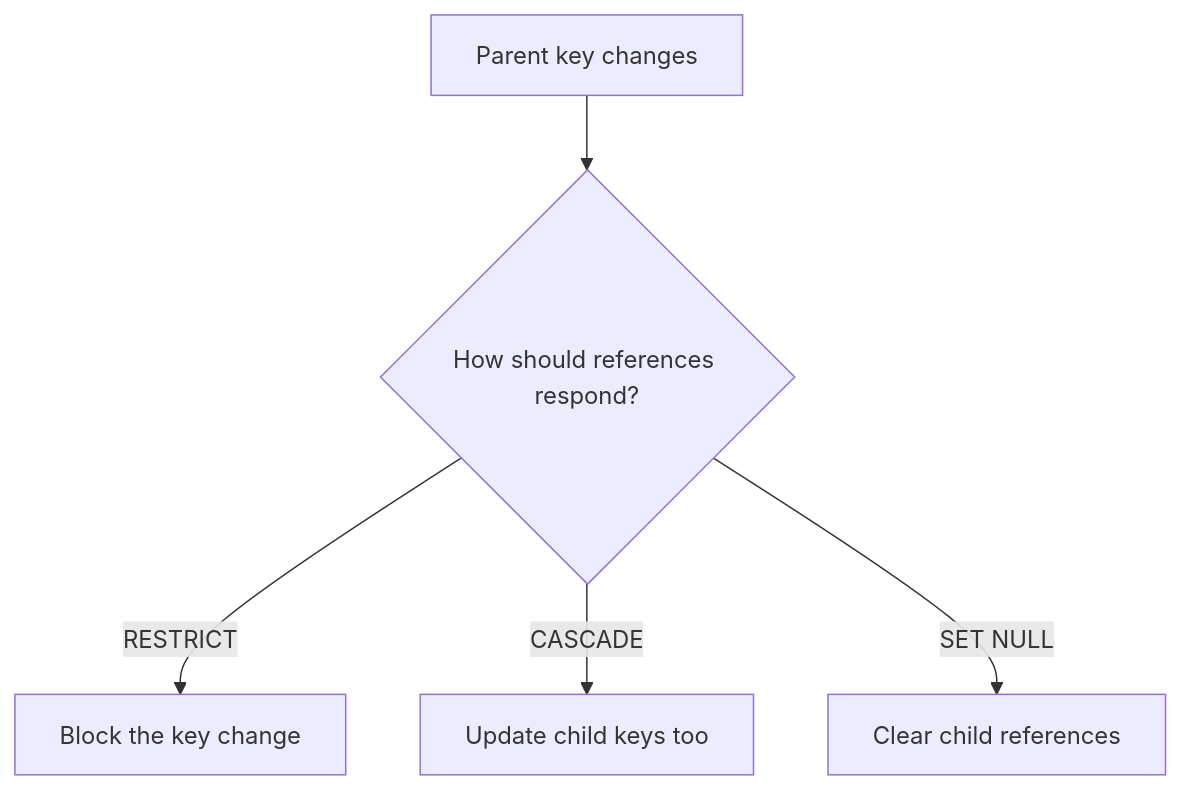
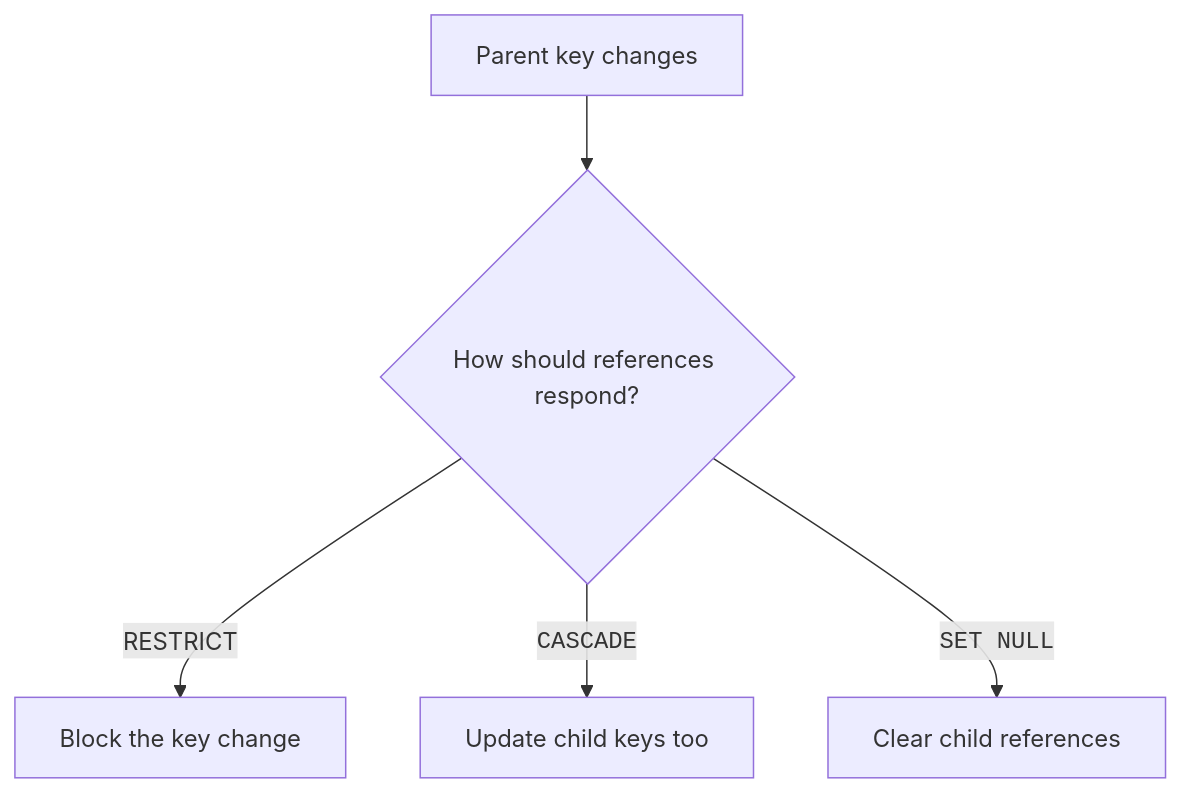
One commit to dataslope/dataslope changed the seventh of 8 diagrams in content/courses/database-design-postgresql/referential-integrity.mdx. Above: the diagram before and after it, drawn with Mermaid. The commit also changed other lines of this file and 283 other files, not shown here.

First line of the commit message:
Diagrams as elements, not characters: fix the box model, sweep the corpus, and make syntax breakdowns a convention (#652)

````diff
--- a/content/courses/database-design-postgresql/referential-integrity.mdx
+++ b/content/courses/database-design-postgresql/referential-integrity.mdx
@@ -237,7 +247,7 @@
 ```mermaid
 flowchart TB
     U["Parent key changes"] --> Q{"How should references respond?"}
     Q -->|"RESTRICT"| A["Block the key change"]
-    Q -->|"CASCADE"| B["Update child keys too"]
-    Q -->|"SET NULL"| C["Clear child references"]
+    Q -->|"<code>CASCADE</code>"| B["Update child keys too"]
+    Q -->|"<code>SET NULL</code>"| C["Clear child references"]
 ```
````
